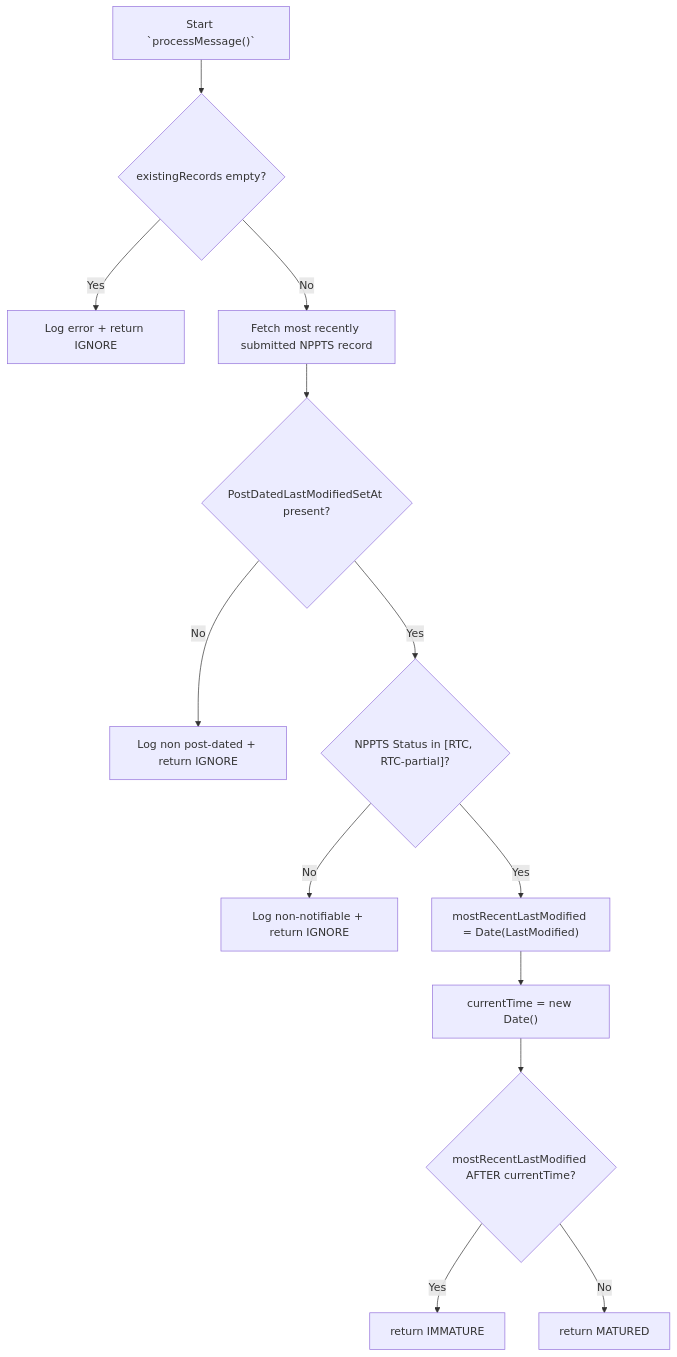
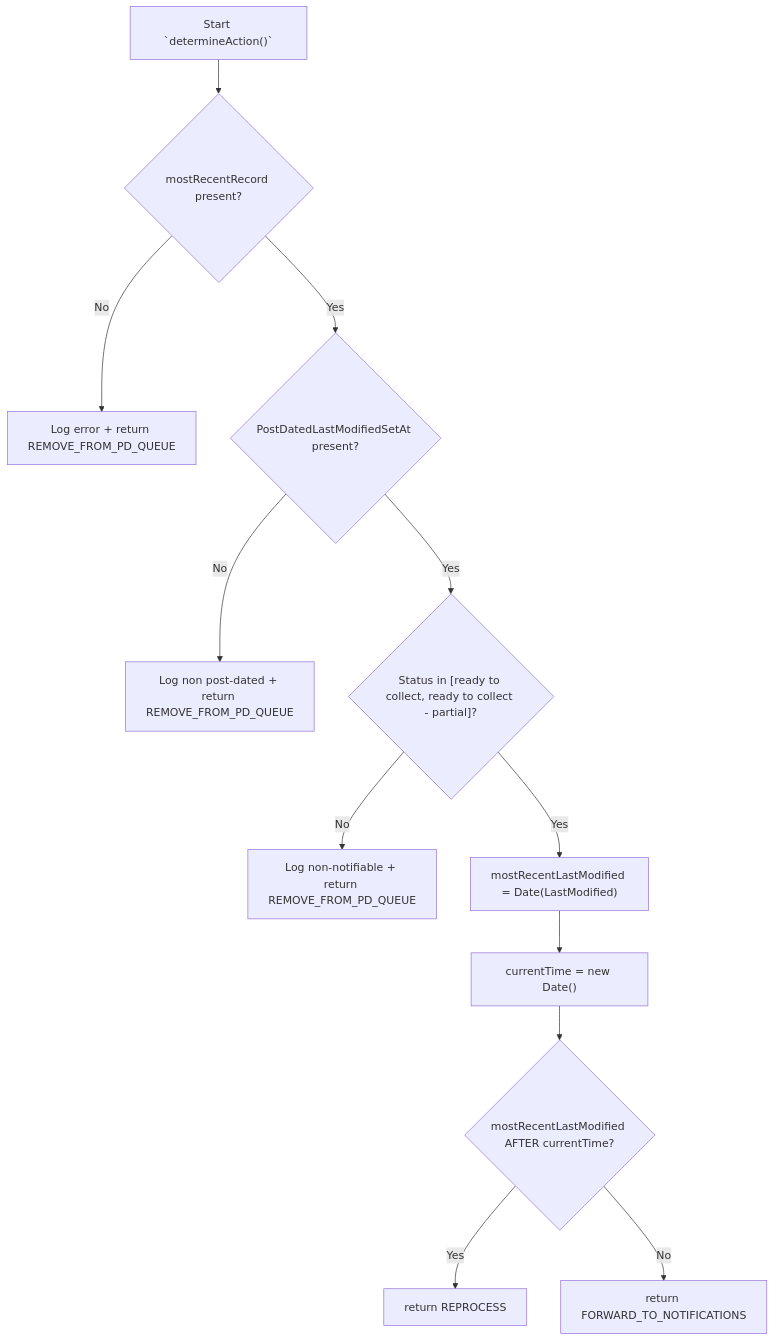
The second of 2 diagrams in packages/postDatedLambda/docs/mature_prescription_check.md (NHSDigital/eps-prescription-status-update-api), drawn with Mermaid before and after one commit. The commit also changed other lines of this file, not shown here.

````diff
--- a/packages/postDatedLambda/docs/mature_prescription_check.md
+++ b/packages/postDatedLambda/docs/mature_prescription_check.md
@@ -5,15 +23,14 @@
 ```mermaid
 flowchart TD
-    A["Start `processMessage()`"] --> E{"existingRecords empty?"}
-    E -- Yes --> F["Log error + return IGNORE"]
-    E -- No --> G["Fetch most recently submitted NPPTS record"]
-    G --> H{"PostDatedLastModifiedSetAt present?"}
-    H -- No --> I["Log non post-dated + return IGNORE"]
-    H -- Yes --> K{"NPPTS Status in [RTC, RTC-partial]?"}
-    K -- No --> L["Log non-notifiable + return IGNORE"]
-    K -- Yes --> M["mostRecentLastModified = Date(LastModified)"]
-    M --> N["currentTime = new Date()"]
-    N --> O{"mostRecentLastModified AFTER currentTime?"}
-    O -- Yes --> P["return IMMATURE"]
-    O -- No --> Q["return MATURED"]
+  A["Start `determineAction()`"] --> E{"mostRecentRecord present?"}
+  E -- No --> F["Log error + return REMOVE_FROM_PD_QUEUE"]
+  E -- Yes --> H{"PostDatedLastModifiedSetAt present?"}
+  H -- No --> I["Log non post-dated + return REMOVE_FROM_PD_QUEUE"]
+  H -- Yes --> K{"Status in [ready to collect, ready to collect - partial]?"}
+  K -- No --> L["Log non-notifiable + return REMOVE_FROM_PD_QUEUE"]
+  K -- Yes --> M["mostRecentLastModified = Date(LastModified)"]
+  M --> N["currentTime = new Date()"]
+  N --> O{"mostRecentLastModified AFTER currentTime?"}
+  O -- Yes --> P["return REPROCESS"]
+  O -- No --> Q["return FORWARD_TO_NOTIFICATIONS"]
 ```
````
